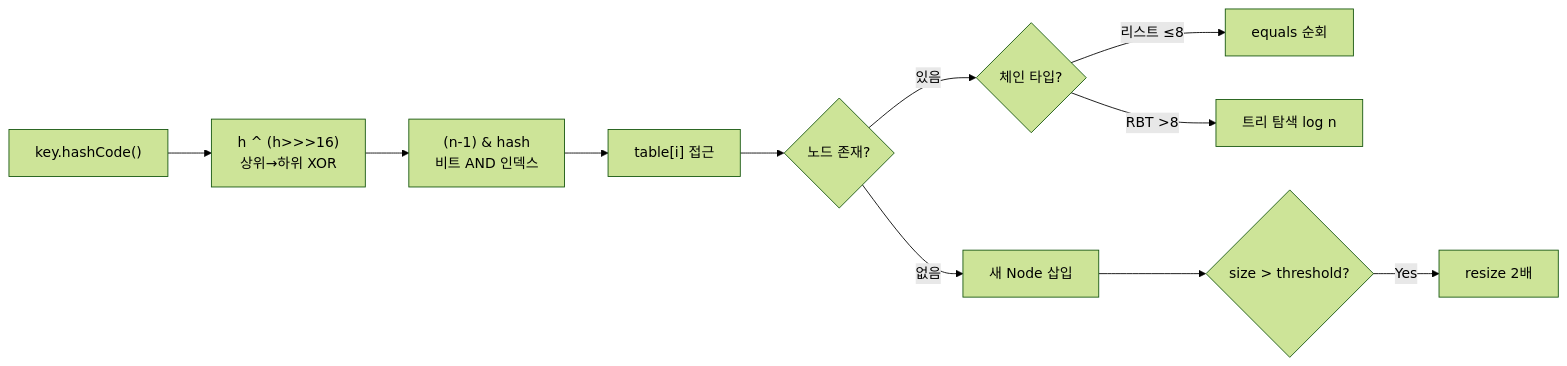
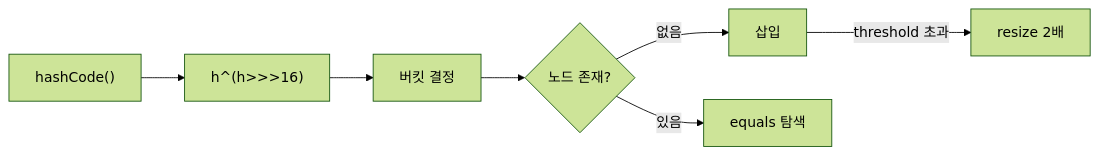
The fifth of 5 diagrams in _posts/java/2026-05-12-java-hashmap-deep-dive.md (yjkim2015/yjkim2015.github.io), drawn with Mermaid (forest theme) before and after one commit. The commit also changed other lines of this file and 245 other files, not shown here.

First line of the commit message:
Mermaid 다이어그램 전면 수정 + 면접 포인트 접기/펼치기 + DB 데드락 페이지

````diff
--- a/_posts/java/2026-05-12-java-hashmap-deep-dive.md
+++ b/_posts/java/2026-05-12-java-hashmap-deep-dive.md
@@ -1426,13 +1429,9 @@
 ```mermaid
 graph LR
-    A["key.hashCode()"] --> B["h ^ (h>>>16)<br/>상위→하위 XOR"]
-    B --> C["(n-1) & hash<br/>비트 AND 인덱스"]
-    C --> D["table[i] 접근"]
-    D --> E{"노드 존재?"}
-    E -->|"없음"| F["새 Node 삽입"]
-    E -->|"있음"| G{"체인 타입?"}
-    G -->|"리스트 ≤8"| H["equals 순회"]
-    G -->|"RBT >8"| I["트리 탐색 log n"]
-    F --> J{"size > threshold?"}
-    J -->|"Yes"| K["resize 2배"]
+    A["hashCode()"] --> B["h^(h>>>16)"]
+    B --> C["버킷 결정"]
+    C --> D{"노드 존재?"}
+    D -->|"없음"| E["삽입"]
+    D -->|"있음"| F["equals 탐색"]
+    E -->|"threshold 초과"| G["resize 2배"]
 ```
````
